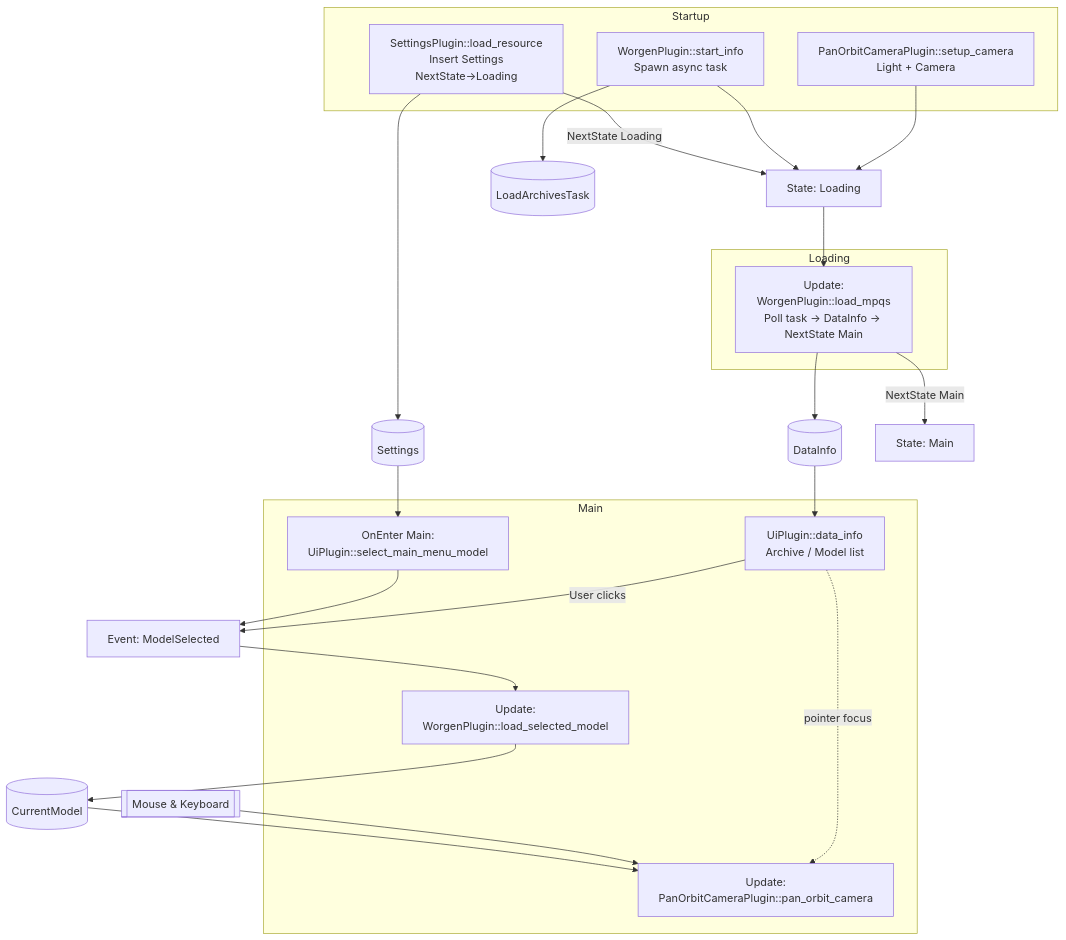
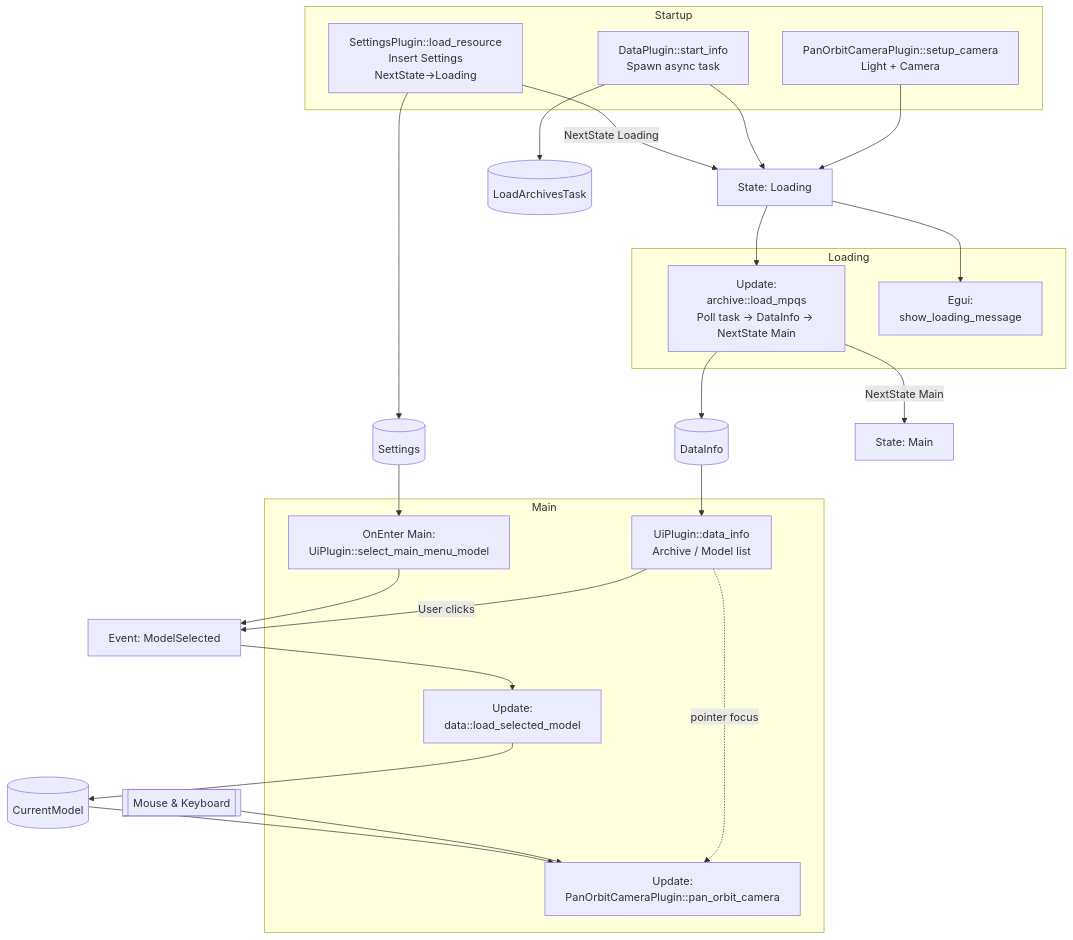
One commit to nocthir/worgen-rs changed the diagram in ARCHITECTURE.md. Above: the diagram before and after it, drawn with Mermaid. The commit also changed other lines of this file and 7 other files, not shown here.

Commit message:
data: Organize model loading in a plugin

````diff
--- a/ARCHITECTURE.md
+++ b/ARCHITECTURE.md
@@ -60,38 +64,40 @@
 ```mermaid
 flowchart TD
     subgraph Startup
         A[SettingsPlugin::load_resource<br/>Insert Settings<br/>NextState->Loading]
-        B[WorgenPlugin::start_info<br/>Spawn async task]
+        B[DataPlugin::start_info<br/>Spawn async task]
         C[PanOrbitCameraPlugin::setup_camera<br/>Light + Camera]
     end
 
     A -->|NextState Loading| L[State: Loading]
     B --> L
     C --> L
     A --> ST[(Settings)]
     B --> T[(LoadArchivesTask)]
 
     subgraph Loading
-        D[Update:<br/>WorgenPlugin::load_mpqs<br/>Poll task -> DataInfo -> NextState Main]
+        D[Update:<br/>archive::load_mpqs<br/>Poll task -> DataInfo -> NextState Main]
+        LW[Egui:<br/>show_loading_message]
     end
     L --> D
+    L --> LW
     D --> DI[(DataInfo)]
     D -->|NextState Main| M[State: Main]
 
     subgraph Main
         E[OnEnter Main:<br/>UiPlugin::select_main_menu_model]
         F[UiPlugin::data_info<br/>Archive / Model list]
-        G[Update:<br/>WorgenPlugin::load_selected_model]
+        G[Update:<br/>data::load_selected_model]
         H[Update:<br/>PanOrbitCameraPlugin::pan_orbit_camera]
     end
 
     ST --> E
     DI --> F
     E --> EV[Event: ModelSelected]
     F -->|User clicks| EV
     EV --> G
     G --> CM[(CurrentModel)]
     CM --> H
     Input[[Mouse & Keyboard]] --> H
     F -. pointer focus .-> H
 ```
````
